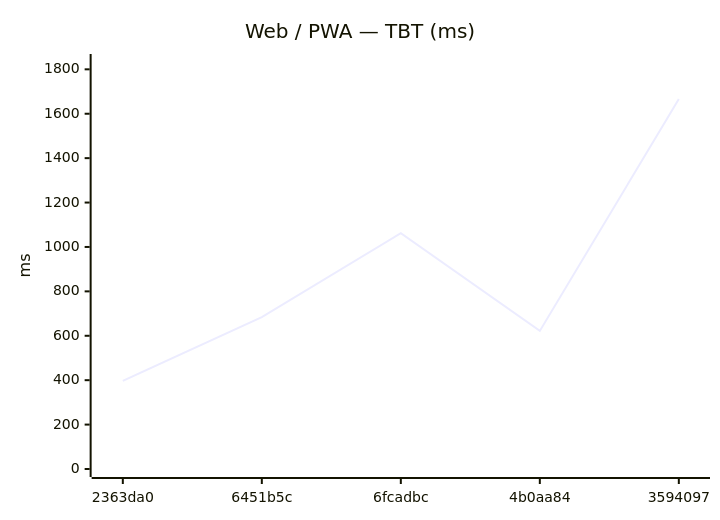
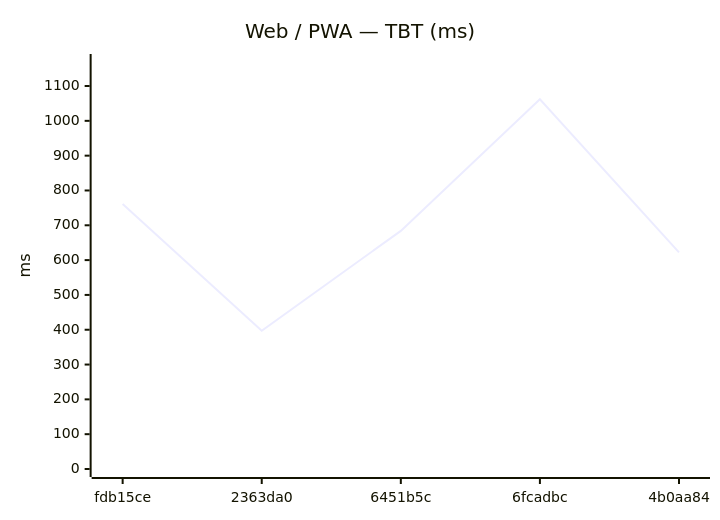
Before and after one commit to Metaheurist/Rianell: the sixth of 12 diagrams in benchmarks/compare.md, drawn with Mermaid. The commit also changed other lines of this file and 8 other files, not shown here.

````diff
--- a/benchmarks/compare.md
+++ b/benchmarks/compare.md
@@ -89,7 +89,7 @@
 ```mermaid
 xychart-beta
     title "Web / PWA — TBT (ms)"
-    x-axis ["2363da0", "6451b5c", "6fcadbc", "4b0aa84", "3594097"]
-    y-axis "ms" 0 --> 1833
-    line [397, 684, 1062, 622, 1666]
+    x-axis ["fdb15ce", "2363da0", "6451b5c", "6fcadbc", "4b0aa84"]
+    y-axis "ms" 0 --> 1169
+    line [761, 397, 684, 1062, 622]
 ```
````
